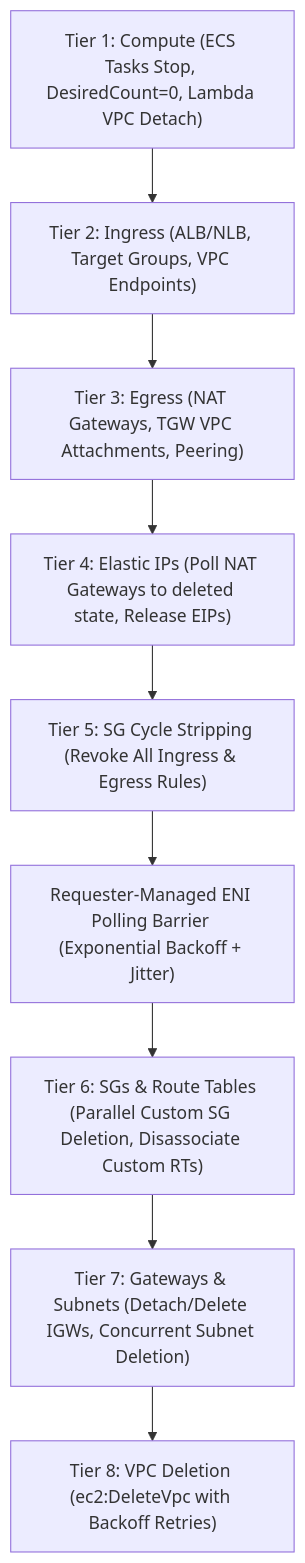
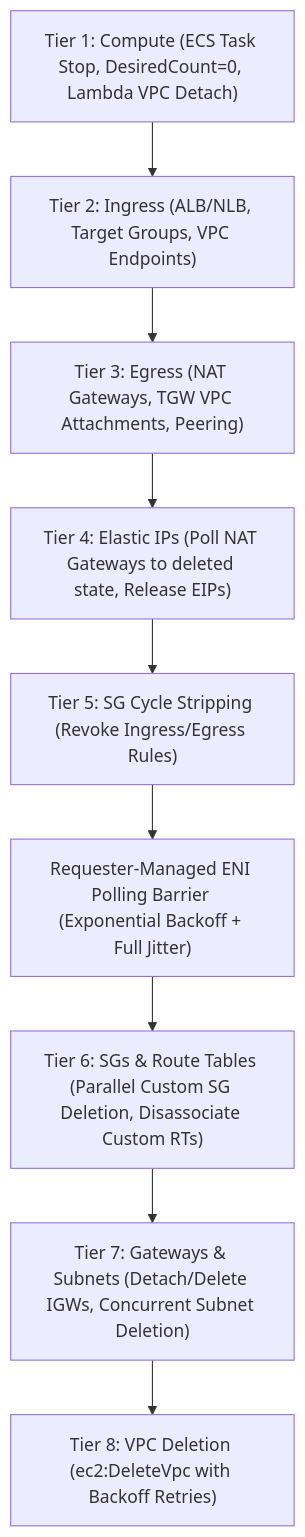
One commit to x7ssss/vpcdrain changed the diagram in README.md. Above: the diagram before and after it, drawn with Mermaid. The commit also changed other lines of this file and 1 other file, not shown here.

````diff
--- a/README.md
+++ b/README.md
@@ -25,11 +81,11 @@
 ```mermaid
 graph TD
-    T1["Tier 1: Compute (ECS Tasks Stop, DesiredCount=0, Lambda VPC Detach)"] --> T2["Tier 2: Ingress (ALB/NLB, Target Groups, VPC Endpoints)"]
+    T1["Tier 1: Compute (ECS Task Stop, DesiredCount=0, Lambda VPC Detach)"] --> T2["Tier 2: Ingress (ALB/NLB, Target Groups, VPC Endpoints)"]
     T2 --> T3["Tier 3: Egress (NAT Gateways, TGW VPC Attachments, Peering)"]
     T3 --> T4["Tier 4: Elastic IPs (Poll NAT Gateways to deleted state, Release EIPs)"]
-    T4 --> T5["Tier 5: SG Cycle Stripping (Revoke All Ingress & Egress Rules)"]
-    T5 --> ENI["Requester-Managed ENI Polling Barrier (Exponential Backoff + Jitter)"]
+    T4 --> T5["Tier 5: SG Cycle Stripping (Revoke Ingress/Egress Rules)"]
+    T5 --> ENI["Requester-Managed ENI Polling Barrier (Exponential Backoff + Full Jitter)"]
     ENI --> T6["Tier 6: SGs & Route Tables (Parallel Custom SG Deletion, Disassociate Custom RTs)"]
     T6 --> T7["Tier 7: Gateways & Subnets (Detach/Delete IGWs, Concurrent Subnet Deletion)"]
     T7 --> T8["Tier 8: VPC Deletion (ec2:DeleteVpc with Backoff Retries)"]
 ```
````
